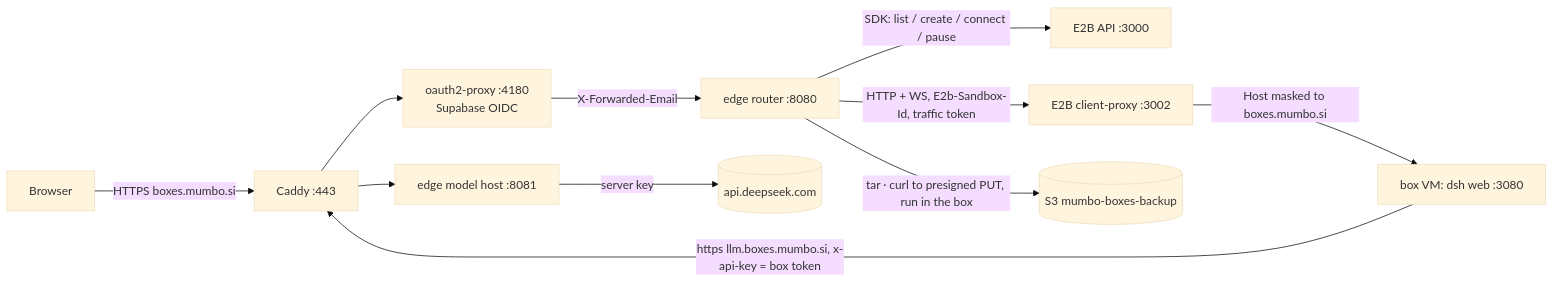
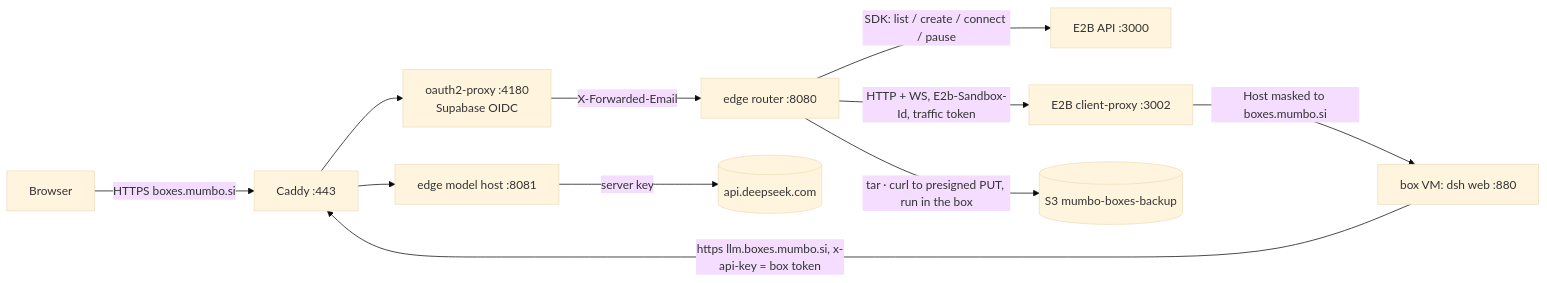
Before and after one commit to callgideon/mumbo: the diagram in deploy/boxes/DESIGN.md, drawn with Mermaid (base theme). The commit also changed other lines of this file and 12 other files, not shown here.

````diff
--- a/deploy/boxes/DESIGN.md
+++ b/deploy/boxes/DESIGN.md
@@ -19,13 +19,13 @@
 ```mermaid
 flowchart LR
   U[Browser] -->|HTTPS boxes.mumbo.si| C[Caddy :443]
   C --> O[oauth2-proxy :4180<br/>Supabase OIDC]
   O -->|X-Forwarded-Email| R[edge router :8080]
   R -->|SDK: list / create / connect / pause| API[E2B API :3000]
   R -->|HTTP + WS, E2b-Sandbox-Id, traffic token| CP[E2B client-proxy :3002]
-  CP -->|Host masked to boxes.mumbo.si| BOX[box VM: dsh web :3080]
+  CP -->|Host masked to boxes.mumbo.si| BOX[box VM: dsh web :880]
   BOX -->|https llm.boxes.mumbo.si, x-api-key = box token| C
   C --> M[edge model host :8081]
   M -->|server key| DS[(api.deepseek.com)]
   R -->|tar · curl to presigned PUT, run in the box| S3[(S3 mumbo-boxes-backup)]
 ```
````
